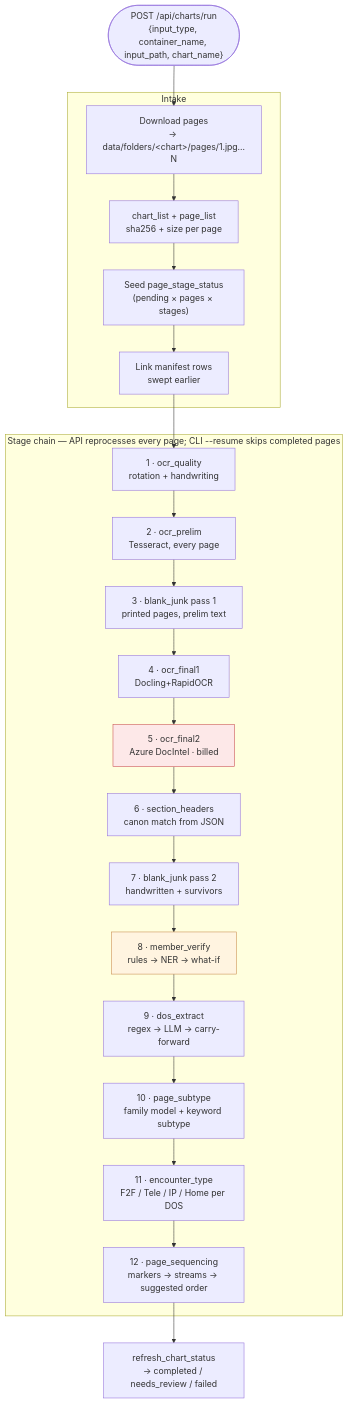
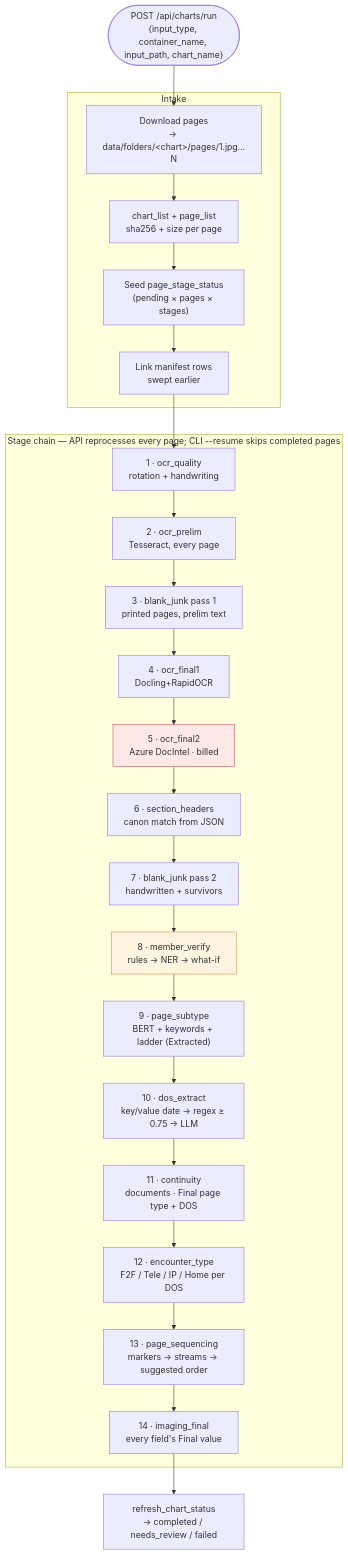
One commit to abhinavdg-ever/model-repo changed the second of 7 diagrams in docs/FLOW.md. Above: the diagram before and after it, drawn with Mermaid. The commit also changed 138 other files, not shown here.

First line of the commit message:
Switch page classification from the joblib model to BERT plus keywords, and add the training scripts.

````diff
--- a/docs/FLOW.md
+++ b/docs/FLOW.md
@@ -47,34 +47,36 @@
 ```mermaid
 flowchart TD
   START(["POST /api/charts/run<br/>{input_type, container_name, input_path, chart_name}"]) --> DL
 
   subgraph INTAKE["Intake"]
     DL["Download pages<br/>→ data/folders/&lt;chart&gt;/pages/1.jpg…N"]
     DL --> REG["chart_list + page_list<br/>sha256 + size per page"]
     REG --> SEED["Seed page_stage_status<br/>(pending × pages × stages)"]
     SEED --> LINK["Link manifest rows<br/>swept earlier"]
   end
 
   LINK --> S1
 
   subgraph CHAIN["Stage chain — API reprocesses every page; CLI --resume skips completed pages"]
     S1["1 · ocr_quality<br/>rotation + handwriting"]
     S2["2 · ocr_prelim<br/>Tesseract, every page"]
     S3["3 · blank_junk pass 1<br/>printed pages, prelim text"]
     S4["4 · ocr_final1<br/>Docling+RapidOCR"]
     S5["5 · ocr_final2<br/>Azure DocIntel · billed"]
     S5b["6 · section_headers<br/>canon match from JSON"]
     S6["7 · blank_junk pass 2<br/>handwritten + survivors"]
     S7["8 · member_verify<br/>rules → NER → what-if"]
-    S8["9 · dos_extract<br/>regex → LLM → carry-forward"]
-    S9["10 · page_subtype<br/>family model + keyword subtype"]
-    S10["11 · encounter_type<br/>F2F / Tele / IP / Home per DOS"]
-    S11["12 · page_sequencing<br/>markers → streams → suggested order"]
-    S1 --> S2 --> S3 --> S4 --> S5 --> S5b --> S6 --> S7 --> S8 --> S9 --> S10 --> S11
+    S8["9 · page_subtype<br/>BERT + keywords + ladder (Extracted)"]
+    S9["10 · dos_extract<br/>key/value date → regex ≥ 0.75 → LLM"]
+    S9b["11 · continuity<br/>documents · Final page type + DOS"]
+    S10["12 · encounter_type<br/>F2F / Tele / IP / Home per DOS"]
+    S11["13 · page_sequencing<br/>markers → streams → suggested order"]
+    S12["14 · imaging_final<br/>every field's Final value"]
+    S1 --> S2 --> S3 --> S4 --> S5 --> S5b --> S6 --> S7 --> S8 --> S9 --> S9b --> S10 --> S11 --> S12
   end
 
-  S11 --> DONE["refresh_chart_status<br/>→ completed / needs_review / failed"]
+  S12 --> DONE["refresh_chart_status<br/>→ completed / needs_review / failed"]
 
   style S5 fill:#fde8e8,stroke:#c74a4a
   style S7 fill:#fff4e0,stroke:#c78a4a
 ```
````
